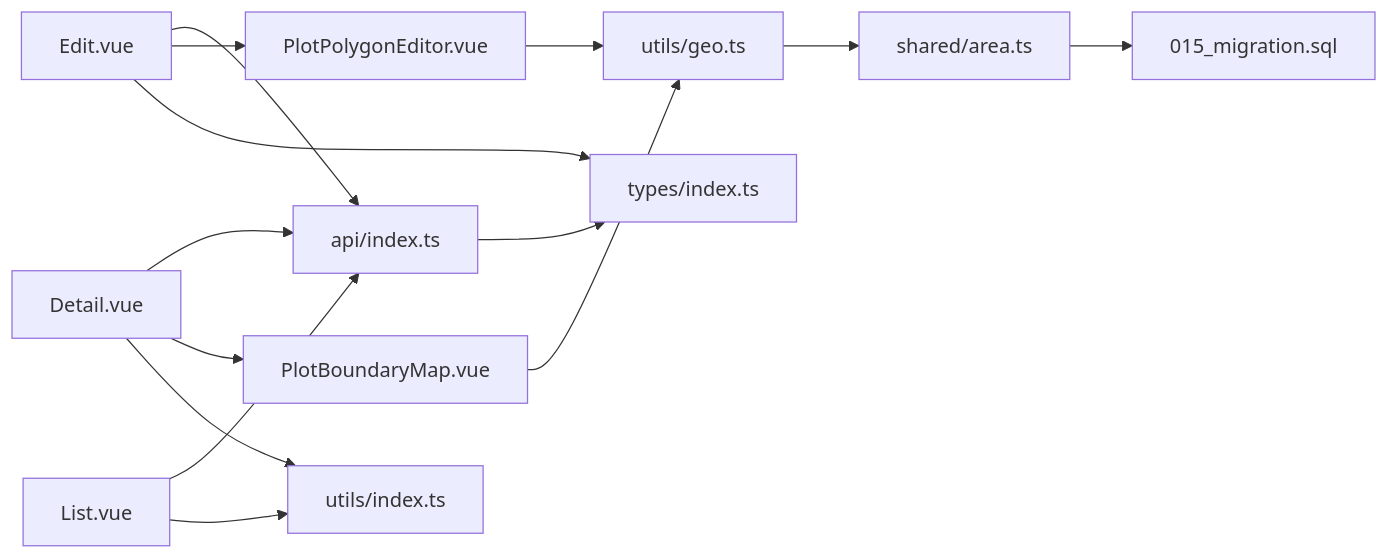
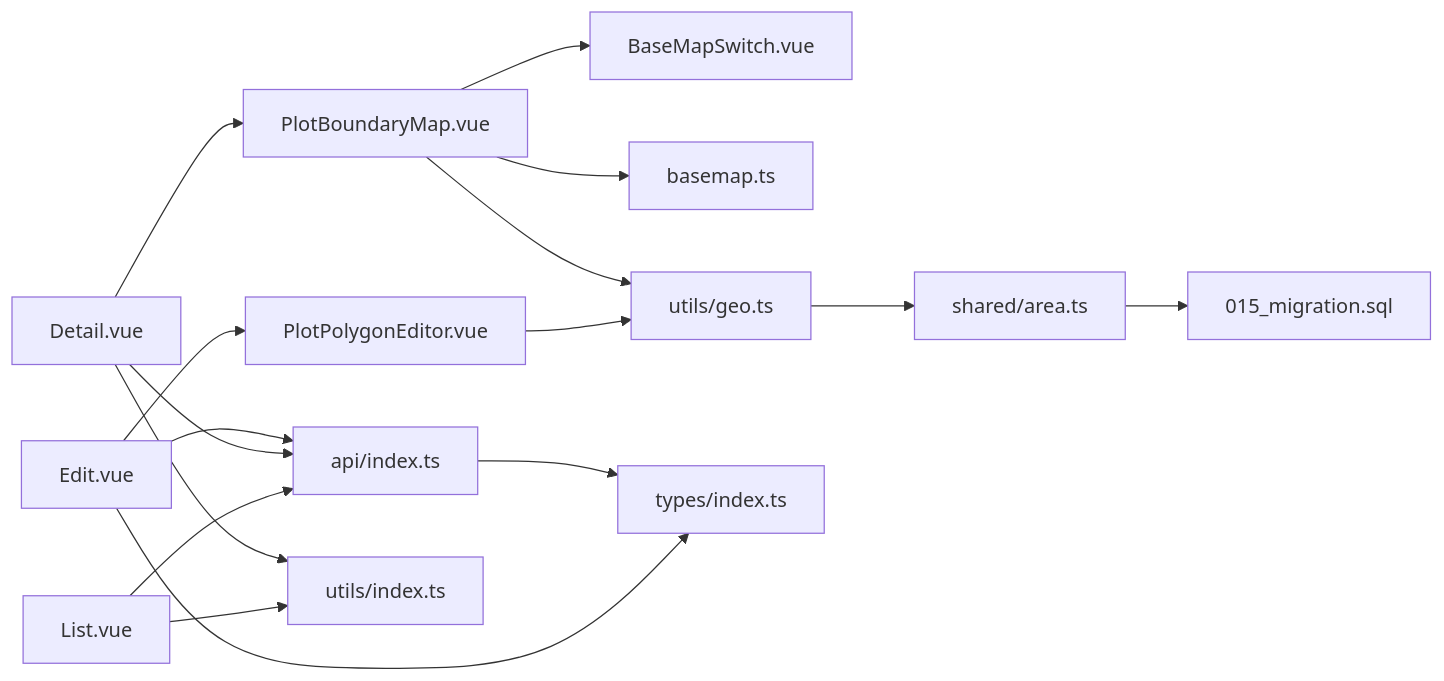
One commit to q446328246/agri-platform changed diagram 13 of 13 in .qoder/repowiki/zh/content/前端应用文档/核心页面/地块管理页面/地块管理页面.md. Above: the diagram before and after it, drawn with Mermaid. The commit also changed other lines of this file and 48 other files, not shown here.

````diff
--- a/.qoder/repowiki/zh/content/前端应用文档/核心页面/地块管理页面/地块管理页面.md
+++ b/.qoder/repowiki/zh/content/前端应用文档/核心页面/地块管理页面/地块管理页面.md
@@ -537,16 +654,18 @@
 ```mermaid
 graph LR
 List["List.vue"] --> Api["api/index.ts"]
 Detail["Detail.vue"] --> Api
 Edit["Edit.vue"] --> Api
 Detail --> Map["PlotBoundaryMap.vue"]
 Edit --> PolygonEditor["PlotPolygonEditor.vue"]
+Map --> BaseMapSwitch["BaseMapSwitch.vue"]
+Map --> Basemap["basemap.ts"]
 PolygonEditor --> Geo["utils/geo.ts"]
 Map --> Geo
 List --> Common["utils/index.ts"]
 Detail --> Common
 Edit --> Types["types/index.ts"]
 Api --> Types
 Geo --> Shared["shared/area.ts"]
 Shared --> Migration["015_migration.sql"]
 ```
````
